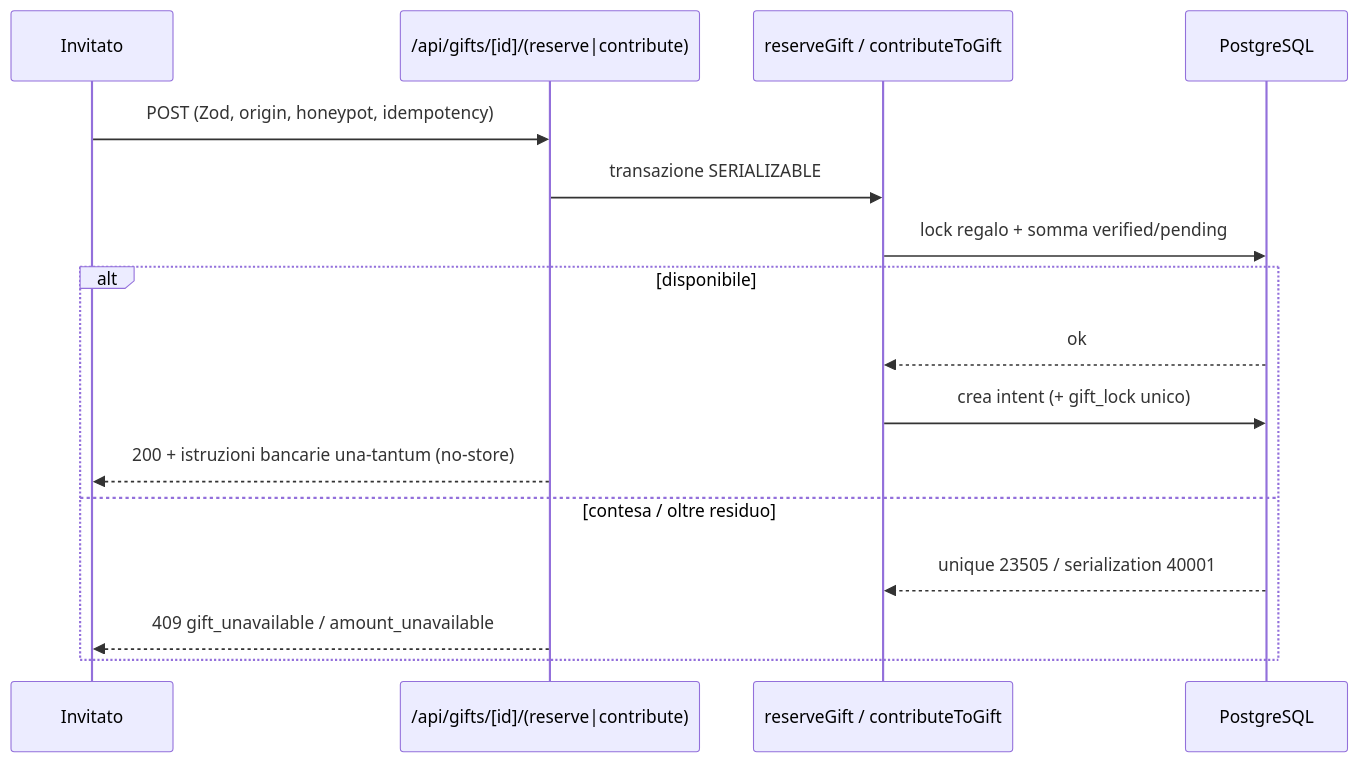
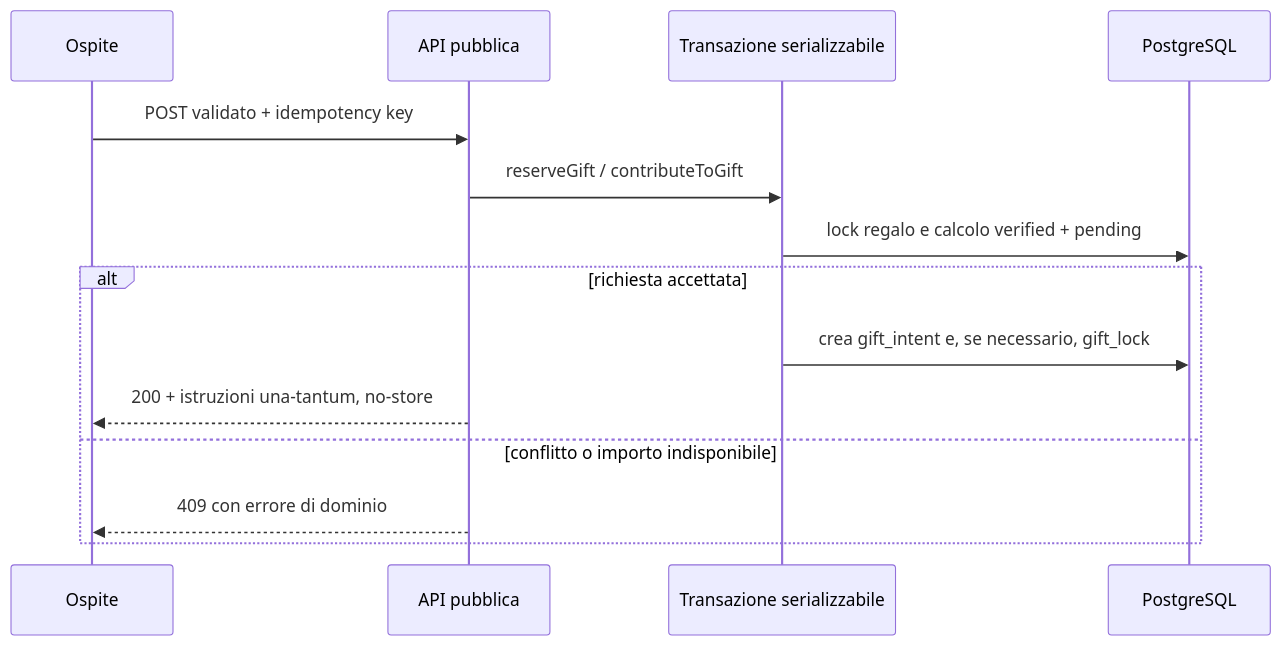
The second of 2 diagrams in README.md (gabrielesanticchi/giuliaegabriele.love), drawn with Mermaid before and after one commit. The commit also changed other lines of this file and 5 other files, not shown here.

Commit message:
docs: align documentation with current architecture

````diff
--- a/README.md
+++ b/README.md
@@ -216,18 +223,17 @@
 ```mermaid
 sequenceDiagram
-  participant U as Invitato
-  participant API as /api/gifts/[id]/(reserve|contribute)
-  participant TX as reserveGift / contributeToGift
+  participant U as Ospite
+  participant API as API pubblica
+  participant TX as Transazione serializzabile
   participant PG as PostgreSQL
-  U->>API: POST (Zod, origin, honeypot, idempotency)
-  API->>TX: transazione SERIALIZABLE
-  TX->>PG: lock regalo + somma verified/pending
-  alt disponibile
-    PG-->>TX: ok
-    TX->>PG: crea intent (+ gift_lock unico)
-    API-->>U: 200 + istruzioni bancarie una-tantum (no-store)
-  else contesa / oltre residuo
-    PG-->>TX: unique 23505 / serialization 40001
-    API-->>U: 409 gift_unavailable / amount_unavailable
+
+  U->>API: POST validato + idempotency key
+  API->>TX: reserveGift / contributeToGift
+  TX->>PG: lock regalo e calcolo verified + pending
+  alt richiesta accettata
+    TX->>PG: crea gift_intent e, se necessario, gift_lock
+    API-->>U: 200 + istruzioni una-tantum, no-store
+  else conflitto o importo indisponibile
+    API-->>U: 409 con errore di dominio
   end
 ```
````
